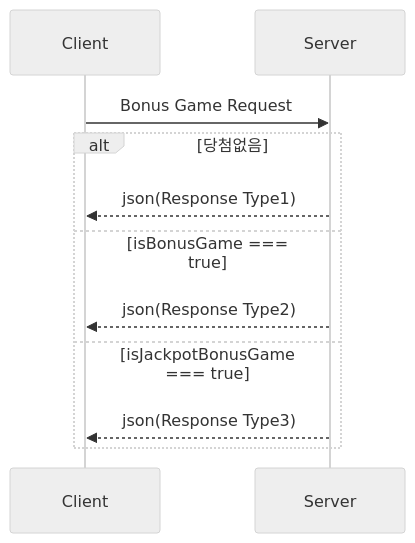
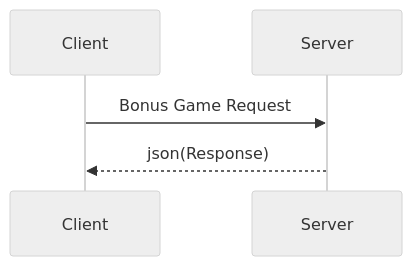
The fourth of 8 diagrams in source/index.html.md (AlanSynn/slate), drawn with Mermaid (neutral theme) before and after one commit. The commit also changed other lines of this file and 1 other file, not shown here.

```diff
--- a/source/index.html.md
+++ b/source/index.html.md
@@ -308,13 +385,7 @@
 <div class="mermaid">
     sequenceDiagram
         participant C as Client
         participant S as Server
-        C->>S: Bonus Game Request
-        alt 당첨없음
-            S-->>C: json(Response Type1)
-        else isBonusGame === true
-            S-->>C: json(Response Type2)
-        else isJackpotBonusGame === true
-            S-->>C: json(Response Type3)
-        end
+        C ->>S: Bonus Game Request
+        S -->>C: json(Response)
 </div>
```
